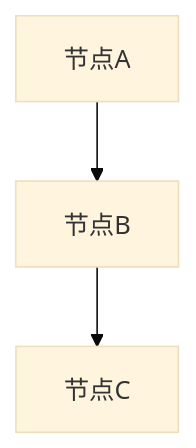
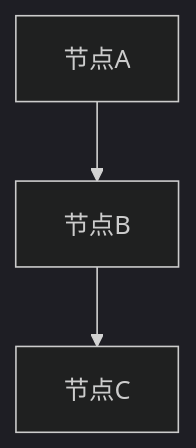
One commit to hproof/claude-market-gamedev changed the second of 3 diagrams in plugins/code-analyzer/docs/output-spec.md. Above: the diagram before and after it, drawn with Mermaid. The commit also changed other lines of this file and 8 other files, not shown here.

````diff
--- a/plugins/code-analyzer/docs/output-spec.md
+++ b/plugins/code-analyzer/docs/output-spec.md
@@ -91,6 +91,6 @@
 ```mermaid
-%%{init: {'theme': 'base', 'flowchart': { 'useMaxWidth': true, 'htmlLabels': true, 'curve': 'basis' }}}%%
+%%{init: {'theme': 'dark', 'flowchart': { 'useMaxWidth': true, 'htmlLabels': true, 'curve': 'basis' }}}%%
 graph TD
     A[节点A] --> B[节点B]
     B --> C[节点C]
 ```
````
